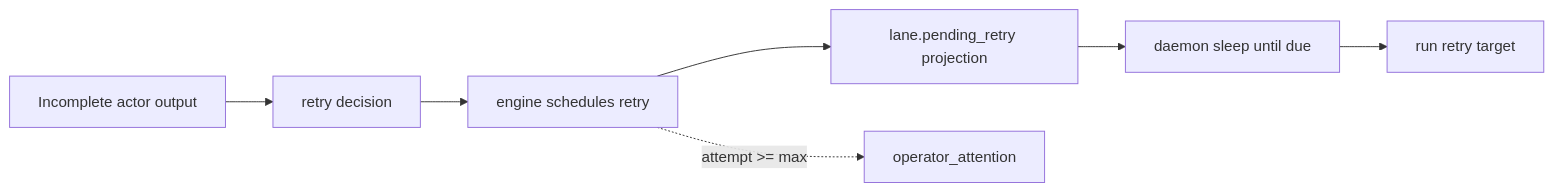
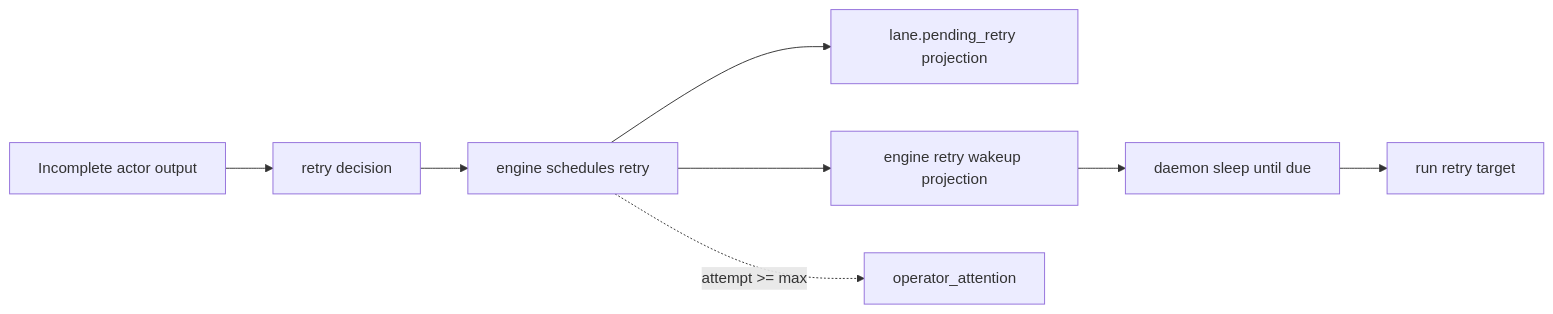
The seventh of 8 diagrams in docs/architecture.md (attmous/sprints), drawn with Mermaid before and after one commit. The commit also changed other lines of this file and 39 other files, not shown here.

````diff
--- a/docs/architecture.md
+++ b/docs/architecture.md
@@ -732,13 +787,15 @@
 ```mermaid
 flowchart LR
     FailedOutput["Incomplete actor output"]
     Orchestrator["retry decision"]
     EngineRetry["engine schedules retry"]
     Pending["lane.pending_retry projection"]
+    Wakeup["engine retry wakeup projection"]
     Sleep["daemon sleep until due"]
     Dispatch["run retry target"]
     Limit["operator_attention"]
 
-    FailedOutput --> Orchestrator --> EngineRetry --> Pending --> Sleep --> Dispatch
+    FailedOutput --> Orchestrator --> EngineRetry --> Pending
+    EngineRetry --> Wakeup --> Sleep --> Dispatch
     EngineRetry -. "attempt >= max" .-> Limit
 ```
````
